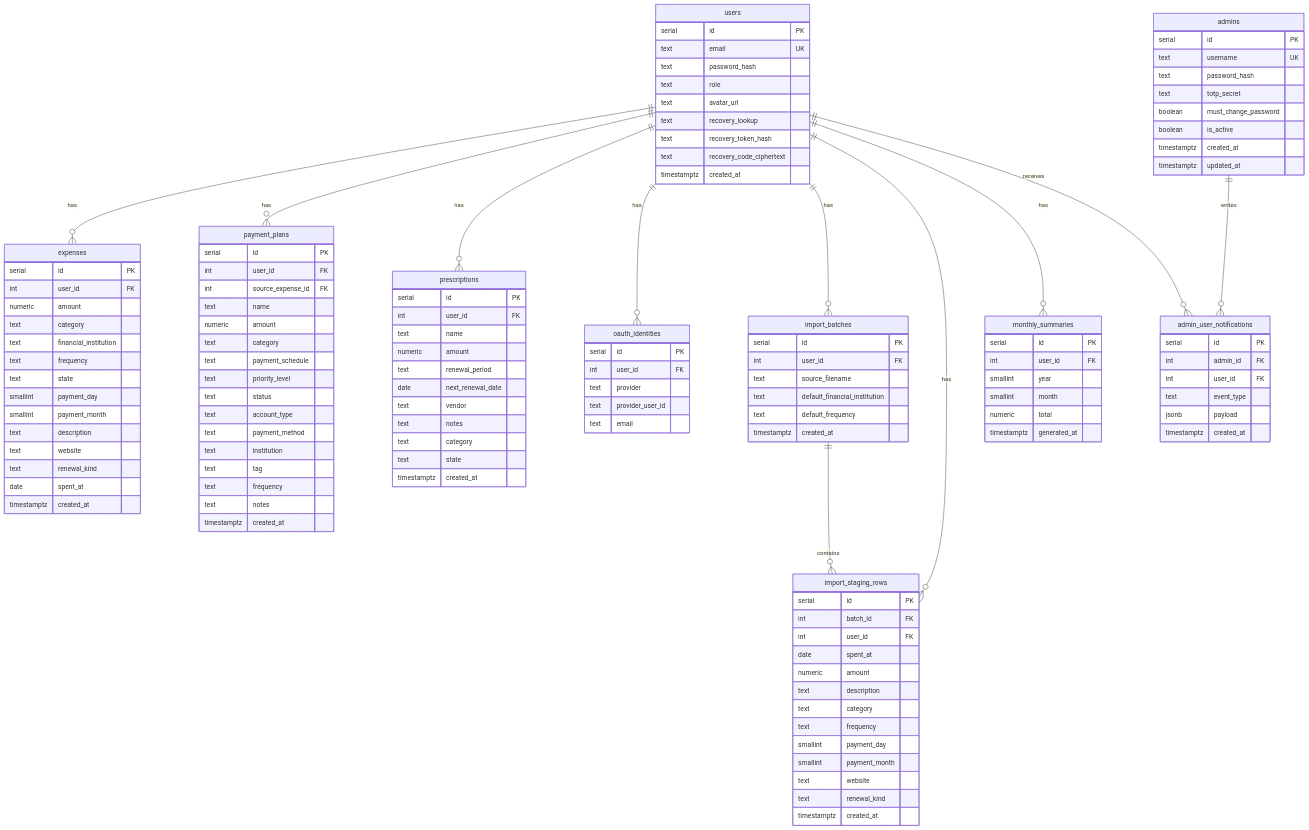
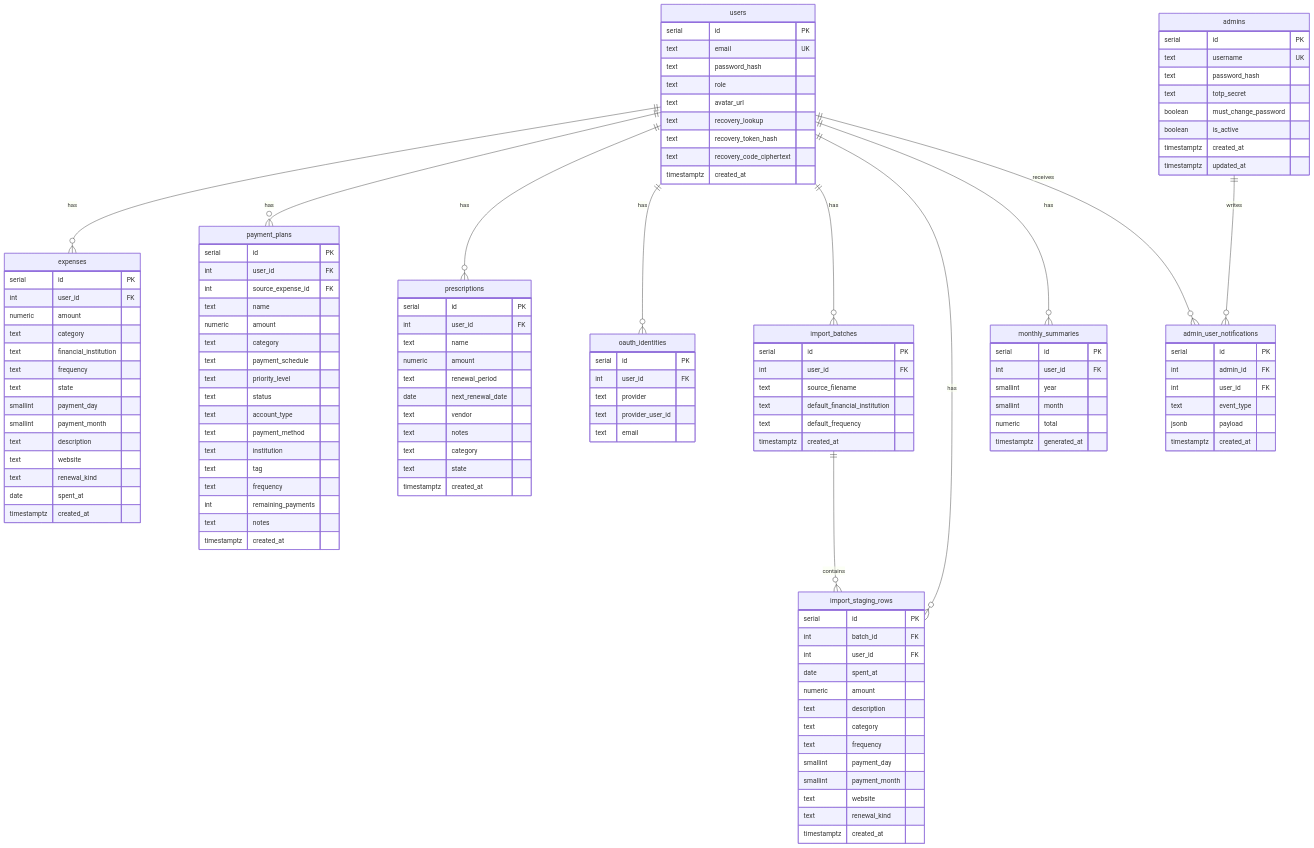
Diagram 15 of 20 in docs/ARCHITECTURE_DIAGRAM.md (becomeonewiththecode/expense_tracker), drawn with Mermaid before and after one commit. The commit also changed other lines of this file and 23 other files, not shown here.

```diff
--- a/docs/ARCHITECTURE_DIAGRAM.md
+++ b/docs/ARCHITECTURE_DIAGRAM.md
@@ -560,6 +589,7 @@
     text institution
     text tag
     text frequency
+    int remaining_payments
     text notes
     timestamptz created_at
   }
```
